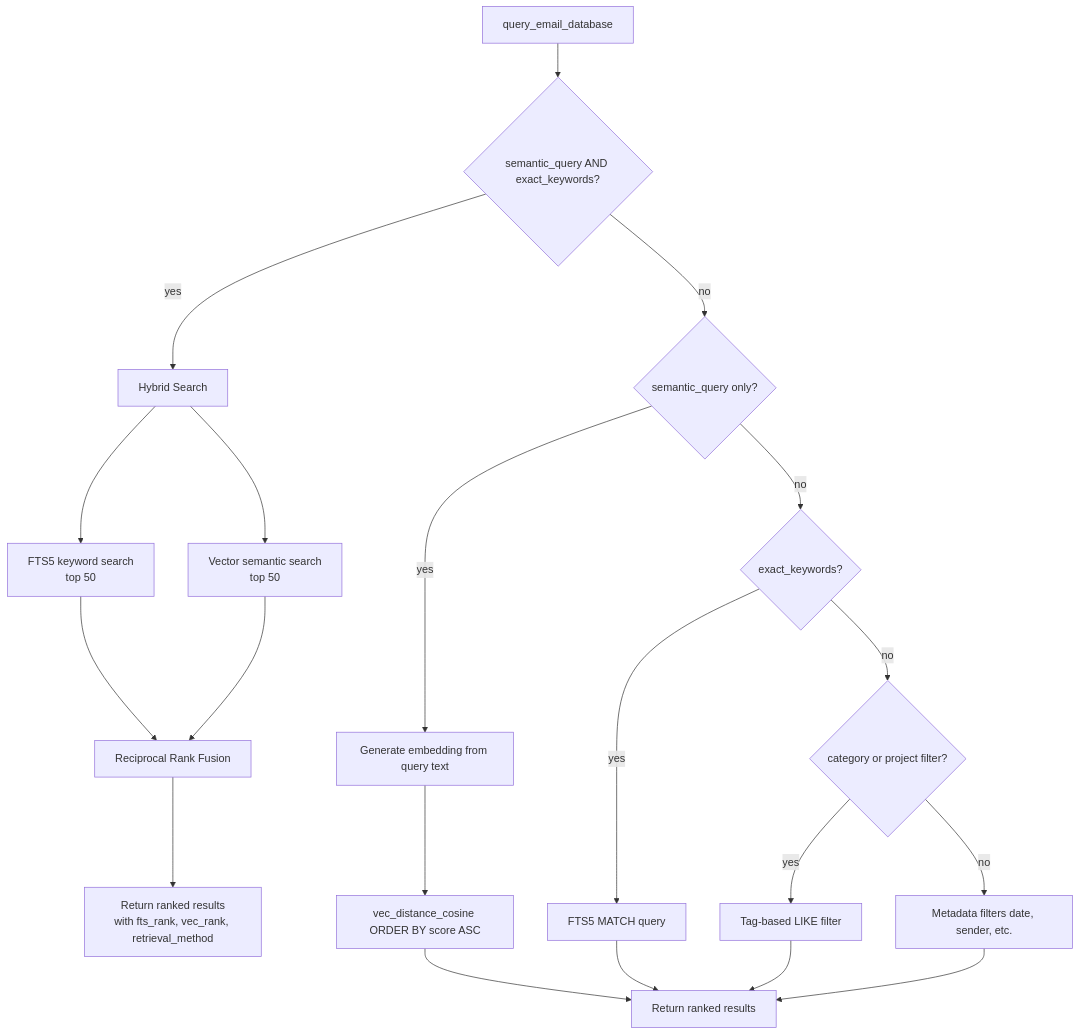
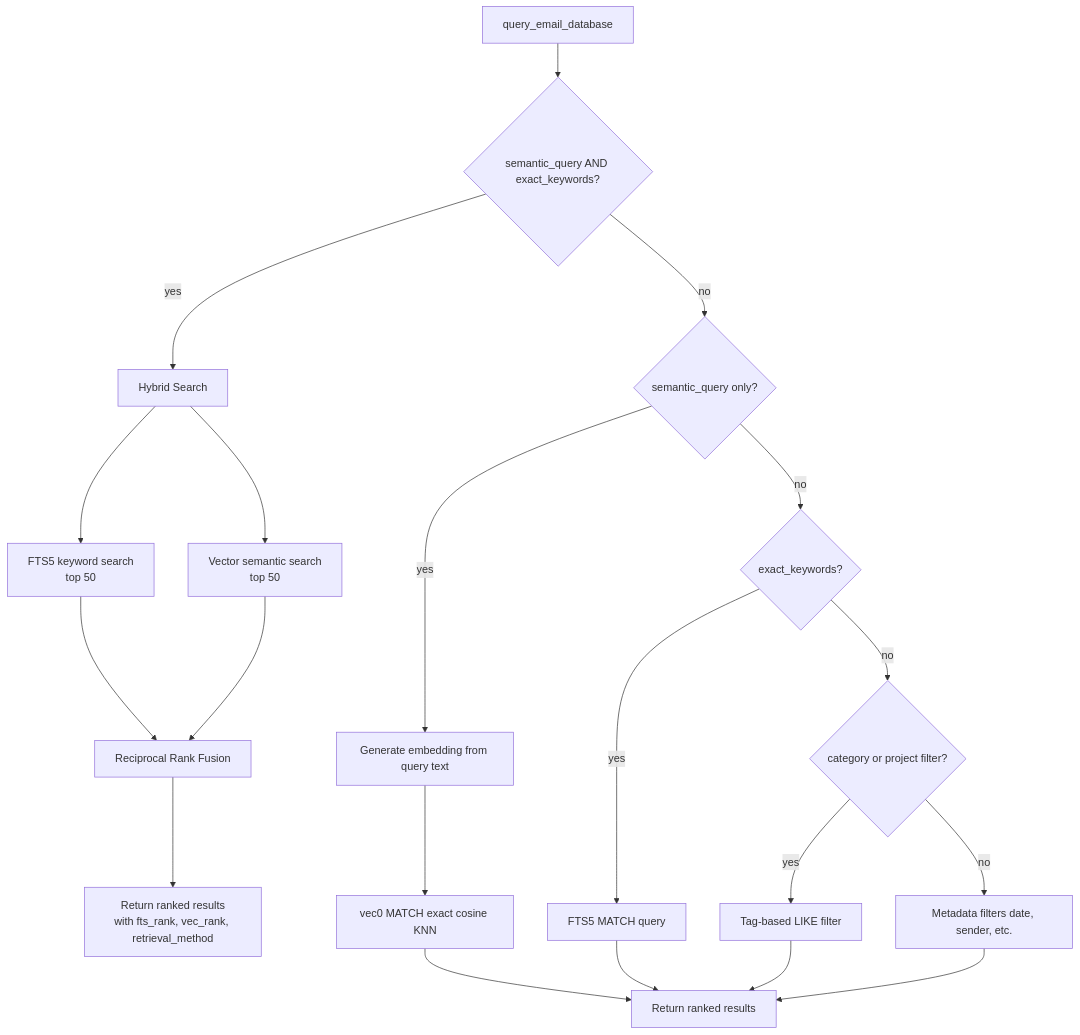
One commit to thomasmaerz/emailindex changed the third of 7 diagrams in README.md. Above: the diagram before and after it, drawn with Mermaid. The commit also changed other lines of this file and 14 other files, not shown here.

Commit message:
feat: accelerate exact vector search with vec0 MATCH

````diff
--- a/README.md
+++ b/README.md
@@ -293,26 +302,26 @@
 ```mermaid
 flowchart TD
     A[query_email_database] --> B{semantic_query AND exact_keywords?}
     B -->|yes| C[Hybrid Search]
     C --> C1[FTS5 keyword search<br>top 50]
     C --> C2[Vector semantic search<br>top 50]
     C1 --> C3[Reciprocal Rank Fusion]
     C2 --> C3
     C3 --> C4[Return ranked results<br>with fts_rank, vec_rank, retrieval_method]
 
     B -->|no| D{semantic_query only?}
     D -->|yes| E[Generate embedding from query text]
-    E --> F[vec_distance_cosine ORDER BY score ASC]
+    E --> F[vec0 MATCH exact cosine KNN]
     F --> G[Return ranked results]
 
     D -->|no| H{exact_keywords?}
     H -->|yes| I[FTS5 MATCH query]
     I --> G
 
     H -->|no| J{category or project filter?}
     J -->|yes| K[Tag-based LIKE filter]
     K --> G
 
     J -->|no| L[Metadata filters date, sender, etc.]
     L --> G
 ```
````
